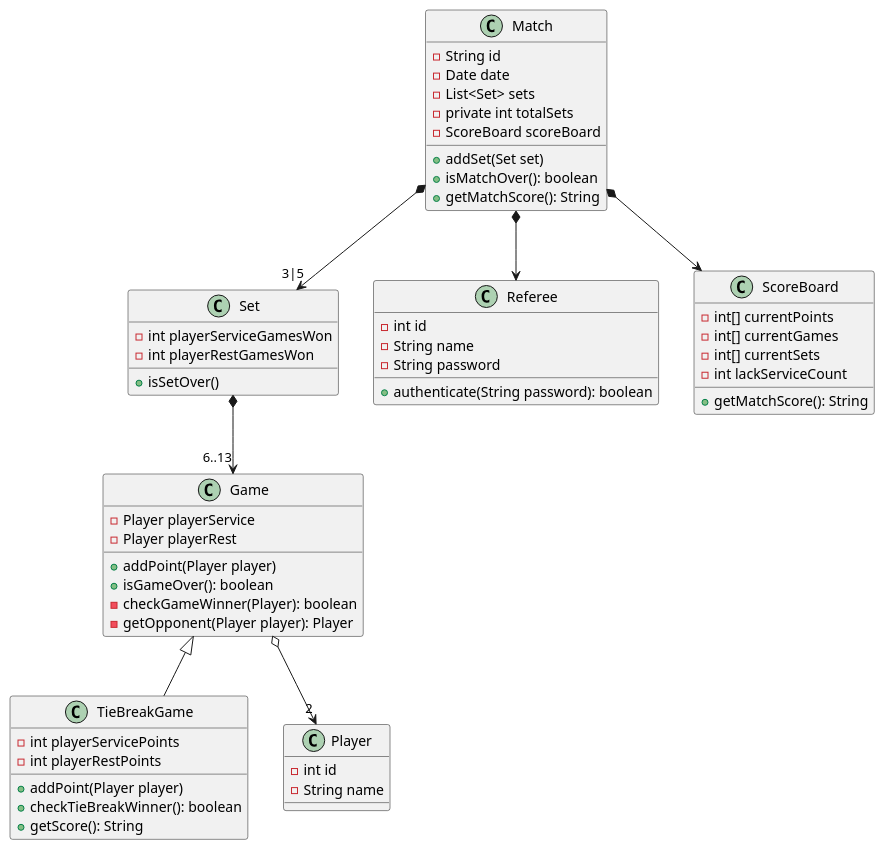
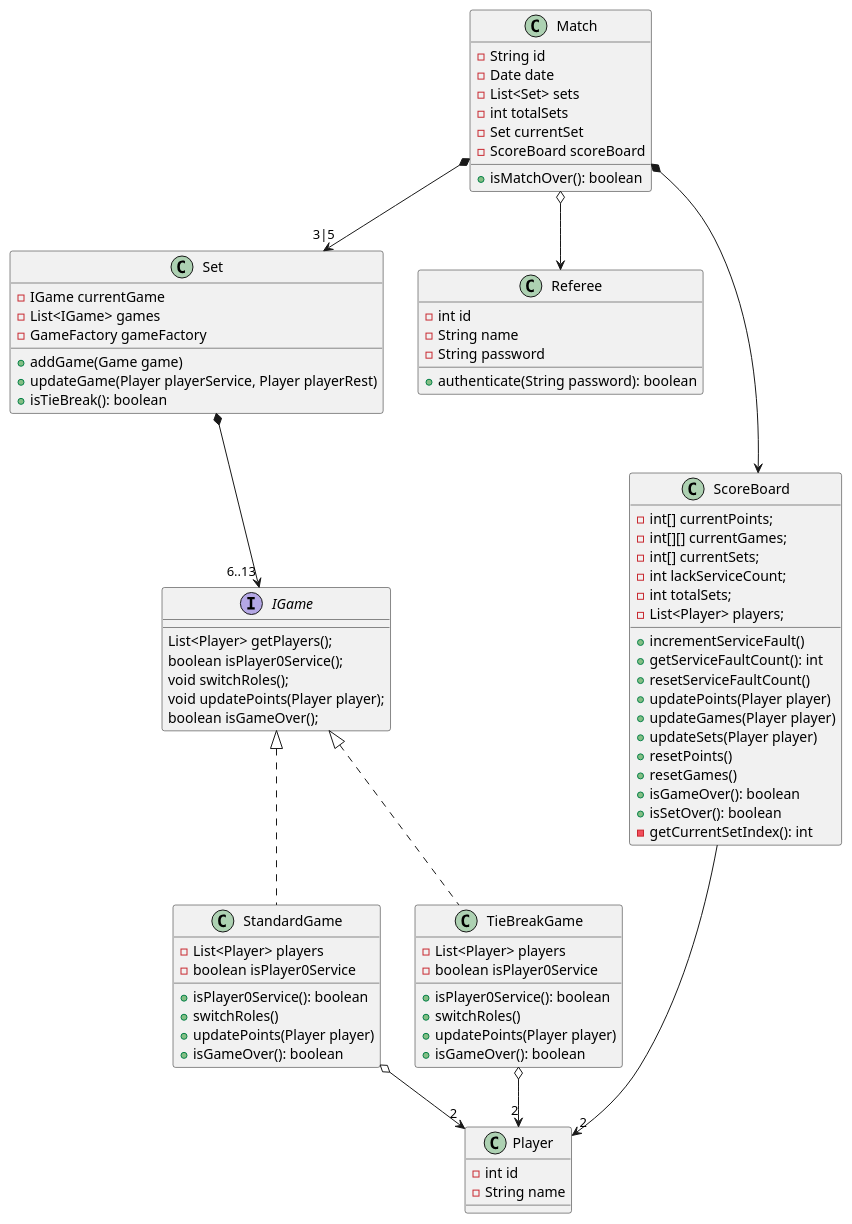
The diagram in docs/diagrams/ClassDiagram.plantuml (rafaelacirino/IWVG), drawn with PlantUML before and after one commit. The commit also changed 18 other files, not shown here.

```diff
--- a/docs/diagrams/ClassDiagram.plantuml
+++ b/docs/diagrams/ClassDiagram.plantuml
@@ -1,74 +1,99 @@
 @startuml
 
 
 Match *-down-> "3|5" Set
-Match *-down-> Referee
+Match o-down-> Referee
 Match *-down-> ScoreBoard
 
-Set *-down-> "6..13" Game
+Set *-down-> "6..13" IGame
 
-Game <|-down- TieBreakGame
-Game o-down-> "2" Player
+StandardGame o-down-> "2" Player
+TieBreakGame o-down-> "2" Player
+
+ScoreBoard -down-> "2" Player
 
 class Match {
 - String id
 - Date date
 - List<Set> sets
-- private int totalSets
+- int totalSets
+- Set currentSet
 - ScoreBoard scoreBoard
 
-+ addSet(Set set)
 + isMatchOver(): boolean
-+ getMatchScore(): String
 }
 
 class Player {
 - int id
 - String name
 
 }
 
 class Referee {
 - int id
 - String name
 - String password
 
 + authenticate(String password): boolean
 }
 
 class Set {
-- int playerServiceGamesWon
-- int playerRestGamesWon
+    - IGame currentGame
+    - List<IGame> games
+    - GameFactory gameFactory
 
-+ isSetOver()
+    + addGame(Game game)
+    + updateGame(Player playerService, Player playerRest)
+    + isTieBreak(): boolean
+    }
+
+interface IGame {
+List<Player> getPlayers();
+boolean isPlayer0Service();
+void switchRoles();
+void updatePoints(Player player);
+boolean isGameOver();
 }
 
-class Game {
-- Player playerService
-- Player playerRest
+class StandardGame implements IGame{
+- List<Player> players
+- boolean isPlayer0Service
 
-+ addPoint(Player player)
++ isPlayer0Service(): boolean
++ switchRoles()
++ updatePoints(Player player)
 + isGameOver(): boolean
-- checkGameWinner(Player): boolean
-- getOpponent(Player player): Player
 }
 
-class TieBreakGame {
-- int playerServicePoints
-- int playerRestPoints
+class TieBreakGame implements IGame{
+- List<Player> players
+- boolean isPlayer0Service
 
-+ addPoint(Player player)
-+ checkTieBreakWinner(): boolean
-+ getScore(): String
++ isPlayer0Service(): boolean
++ switchRoles()
++ updatePoints(Player player)
++ isGameOver(): boolean
 }
 
 class ScoreBoard {
-- int[] currentPoints
-- int[] currentGames
-- int[] currentSets
-- int lackServiceCount
+- int[] currentPoints;
+- int[][] currentGames;
+- int[] currentSets;
+- int lackServiceCount;
+- int totalSets;
+- List<Player> players;
 
-+ getMatchScore(): String
++ incrementServiceFault()
++ getServiceFaultCount(): int
++ resetServiceFaultCount()
++ updatePoints(Player player)
++ updateGames(Player player)
++ updateSets(Player player)
++ resetPoints()
++ resetGames()
++ isGameOver(): boolean
++ isSetOver(): boolean
+- getCurrentSetIndex(): int
 }
 
 @enduml
```
